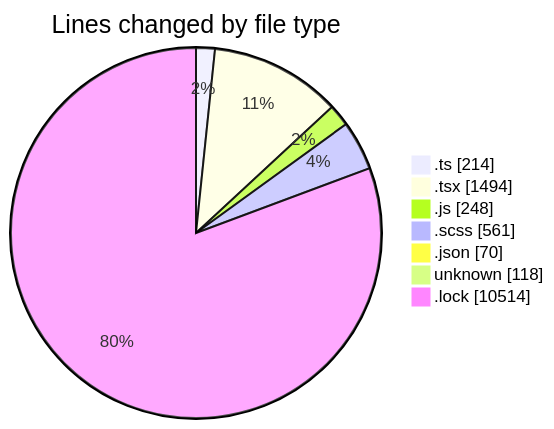
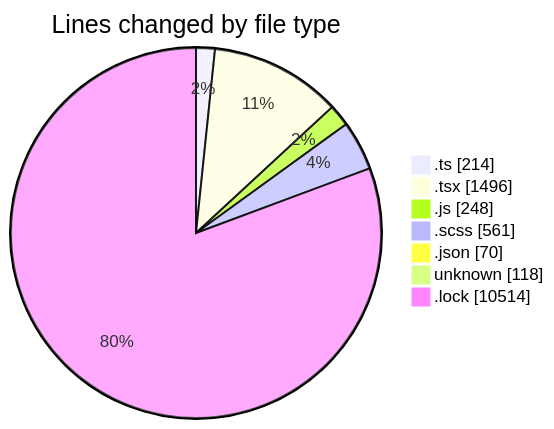
One commit to momahboobian/code-tracking changed the first of 2 diagrams in 2026-05-08/cda/README.md. Above: the diagram before and after it, drawn with Mermaid. The commit also changed other lines of this file and 1 other file, not shown here.

````diff
--- a/2026-05-08/cda/README.md
+++ b/2026-05-08/cda/README.md
@@ -42,11 +42,11 @@
 ```mermaid
 pie showData
 title Lines changed by file type
 ".ts" : 214
-".tsx" : 1494
+".tsx" : 1496
 ".js" : 248
 ".scss" : 561
 ".json" : 70
 "unknown" : 118
 ".lock" : 10514
 ```
````
